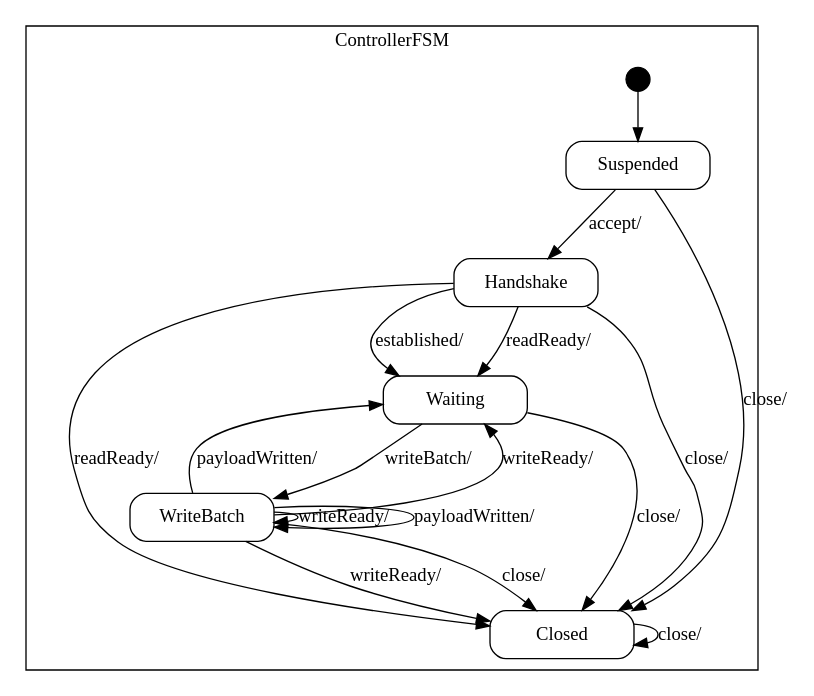
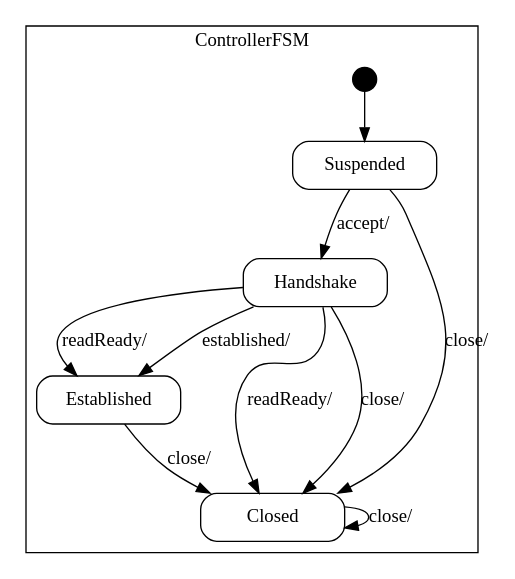
The diagram in spindle/doc/Controller_sm.dot (vmehra-sfdc/Ouroboros), drawn with Graphviz before and after one commit. The commit also changed 13 other files, not shown here.

```diff
--- a/spindle/doc/Controller_sm.dot
+++ b/spindle/doc/Controller_sm.dot
@@ -1,84 +1,60 @@
 digraph Controller {
 
     node
         [shape=Mrecord width=1.5];
 
     subgraph cluster_ControllerFSM {
 
         label="ControllerFSM";
 
         //
         // States (Nodes)
         //
 
         "ControllerFSM::Suspended"
             [label="{Suspended}"];
 
         "ControllerFSM::Handshake"
             [label="{Handshake}"];
 
-        "ControllerFSM::Waiting"
-            [label="{Waiting}"];
-
-        "ControllerFSM::WriteBatch"
-            [label="{WriteBatch}"];
+        "ControllerFSM::Established"
+            [label="{Established}"];
 
         "ControllerFSM::Closed"
             [label="{Closed}"];
 
         "%start"
             [label="" shape=circle style=filled fillcolor=black width=0.25];
 
         //
         // Transitions (Edges)
         //
 
         "ControllerFSM::Suspended" -> "ControllerFSM::Handshake"
             [label="accept/\l"];
 
         "ControllerFSM::Suspended" -> "ControllerFSM::Closed"
             [label="close/\l"];
 
         "ControllerFSM::Handshake" -> "ControllerFSM::Closed"
             [label="readReady/\l"];
 
-        "ControllerFSM::Handshake" -> "ControllerFSM::Waiting"
+        "ControllerFSM::Handshake" -> "ControllerFSM::Established"
             [label="readReady/\l"];
 
-        "ControllerFSM::Handshake" -> "ControllerFSM::Waiting"
+        "ControllerFSM::Handshake" -> "ControllerFSM::Established"
             [label="established/\l"];
 
         "ControllerFSM::Handshake" -> "ControllerFSM::Closed"
             [label="close/\l"];
 
-        "ControllerFSM::Waiting" -> "ControllerFSM::WriteBatch"
-            [label="writeBatch/\l"];
-
-        "ControllerFSM::Waiting" -> "ControllerFSM::Closed"
-            [label="close/\l"];
-
-        "ControllerFSM::WriteBatch" -> "ControllerFSM::Closed"
-            [label="writeReady/\l"];
-
-        "ControllerFSM::WriteBatch" -> "ControllerFSM::WriteBatch"
-            [label="writeReady/\l"];
-
-        "ControllerFSM::WriteBatch" -> "ControllerFSM::Waiting"
-            [label="writeReady/\l"];
-
-        "ControllerFSM::WriteBatch" -> "ControllerFSM::WriteBatch"
-            [label="payloadWritten/\l"];
-
-        "ControllerFSM::WriteBatch" -> "ControllerFSM::Waiting"
-            [label="payloadWritten/\l"];
-
-        "ControllerFSM::WriteBatch" -> "ControllerFSM::Closed"
+        "ControllerFSM::Established" -> "ControllerFSM::Closed"
             [label="close/\l"];
 
         "ControllerFSM::Closed" -> "ControllerFSM::Closed"
             [label="close/\l"];
 
         "%start" -> "ControllerFSM::Suspended"
     }
 
 }
```
